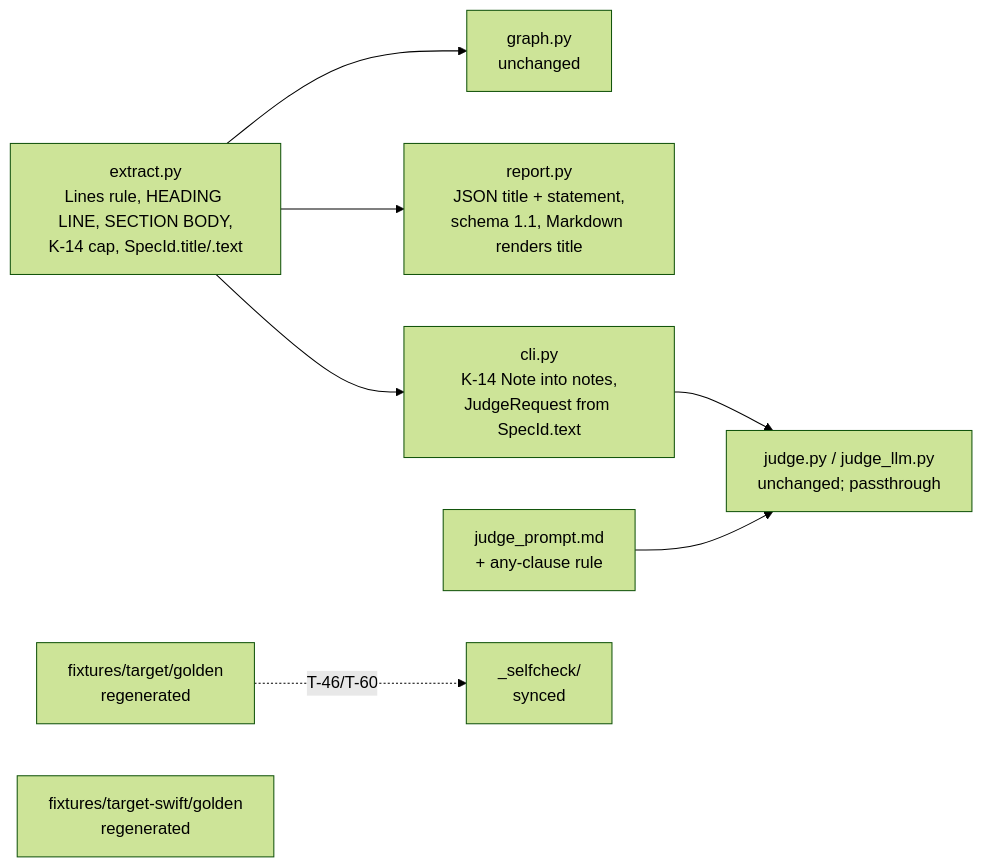
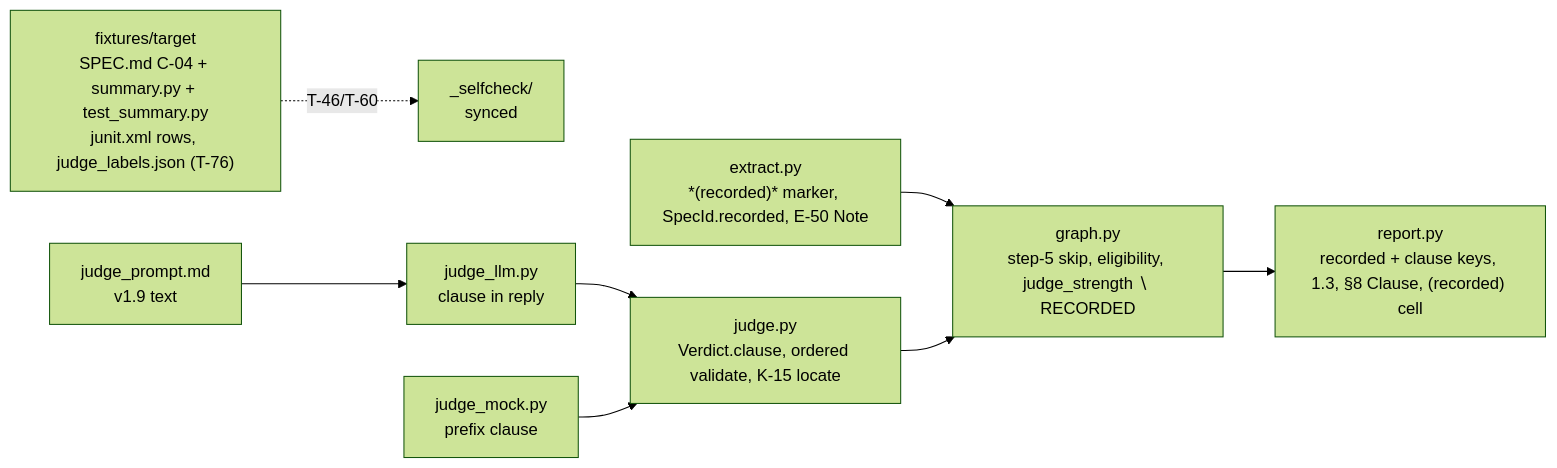
One commit to rioffe/speccheck changed the diagram in IMPLEMENTATION_PLAN.md. Above: the diagram before and after it, drawn with Mermaid (forest theme). The commit also changed other lines of this file and 2 other files, not shown here.

````diff
--- a/IMPLEMENTATION_PLAN.md
+++ b/IMPLEMENTATION_PLAN.md
@@ -34,10 +33,10 @@
 ```mermaid
 flowchart LR
-  E[extract.py<br/>Lines rule, HEADING LINE, SECTION BODY,<br/>K-14 cap, SpecId.title/.text] --> G[graph.py<br/>unchanged]
-  E --> R[report.py<br/>JSON title + statement,<br/>schema 1.1, Markdown renders title]
-  E --> C[cli.py<br/>K-14 Note into notes,<br/>JudgeRequest from SpecId.text]
-  C --> J[judge.py / judge_llm.py<br/>unchanged; passthrough]
-  P[judge_prompt.md<br/>+ any-clause rule] --> J
-  F1[fixtures/target/golden<br/>regenerated] -.T-46/T-60.-> S[_selfcheck/<br/>synced]
-  F2[fixtures/target-swift/golden<br/>regenerated]
+  FX["fixtures/target<br/>SPEC.md C-04 + summary.py + test_summary.py<br/>junit.xml rows, judge_labels.json (T-76)"] -.T-46/T-60.-> SC["_selfcheck/<br/>synced"]
+  E["extract.py<br/>*(recorded)* marker, SpecId.recorded, E-50 Note"] --> G["graph.py<br/>step-5 skip, eligibility, judge_strength ∖ RECORDED"]
+  J["judge.py<br/>Verdict.clause, ordered validate, K-15 locate"] --> G
+  JL["judge_llm.py<br/>clause in reply"] --> J
+  JM["judge_mock.py<br/>prefix clause"] --> J
+  P["judge_prompt.md<br/>v1.9 text"] --> JL
+  G --> R["report.py<br/>recorded + clause keys, 1.3, §8 Clause, (recorded) cell"]
 ```
````
